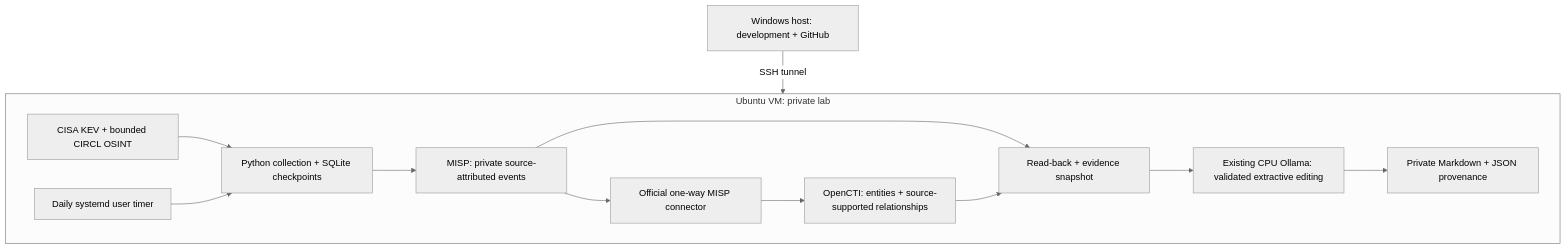
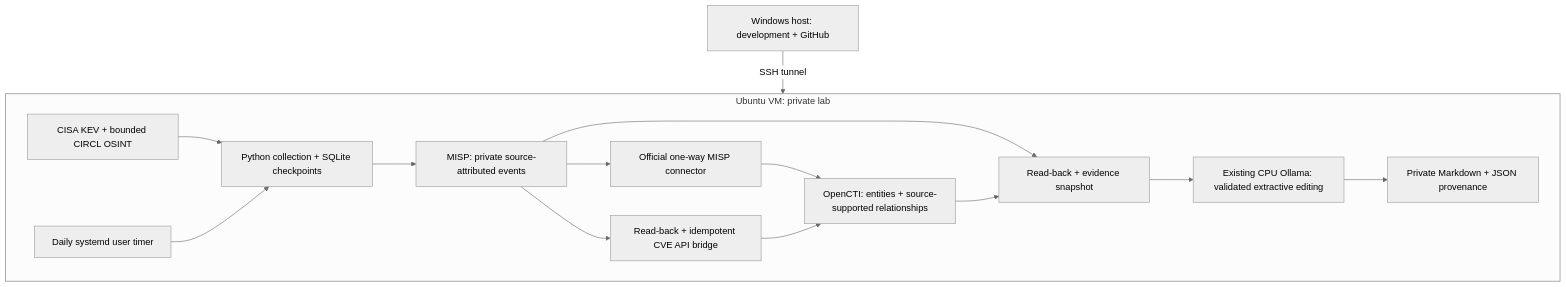
Before and after one commit to bran-dot-flake/STIX-TAXII-Threat-Intel-Automated-Summary: the diagram in README.md, drawn with Mermaid (neutral theme). The commit also changed other lines of this file and 17 other files, not shown here.

First line of the commit message:
Validate live MISP/OpenCTI ingestion and resource-staged Ollama reporting

````diff
--- a/README.md
+++ b/README.md
@@ -7,15 +7,17 @@
 ```mermaid
 flowchart TB
     Host[Windows host: development + GitHub] -->|SSH tunnel| VM
     subgraph VM[Ubuntu VM: private lab]
       Feeds[CISA KEV + bounded CIRCL OSINT] --> Pipeline[Python collection + SQLite checkpoints]
       Pipeline --> MISP[MISP: private source-attributed events]
       MISP --> Connector[Official one-way MISP connector]
       Connector --> OpenCTI[OpenCTI: entities + source-supported relationships]
+      MISP --> CVEs[Read-back + idempotent CVE API bridge]
+      CVEs --> OpenCTI
       MISP --> Evidence[Read-back + evidence snapshot]
       OpenCTI --> Evidence
       Evidence --> Ollama[Existing CPU Ollama: validated extractive editing]
       Ollama --> Brief[Private Markdown + JSON provenance]
       Timer[Daily systemd user timer] --> Pipeline
     end
 ```
````
